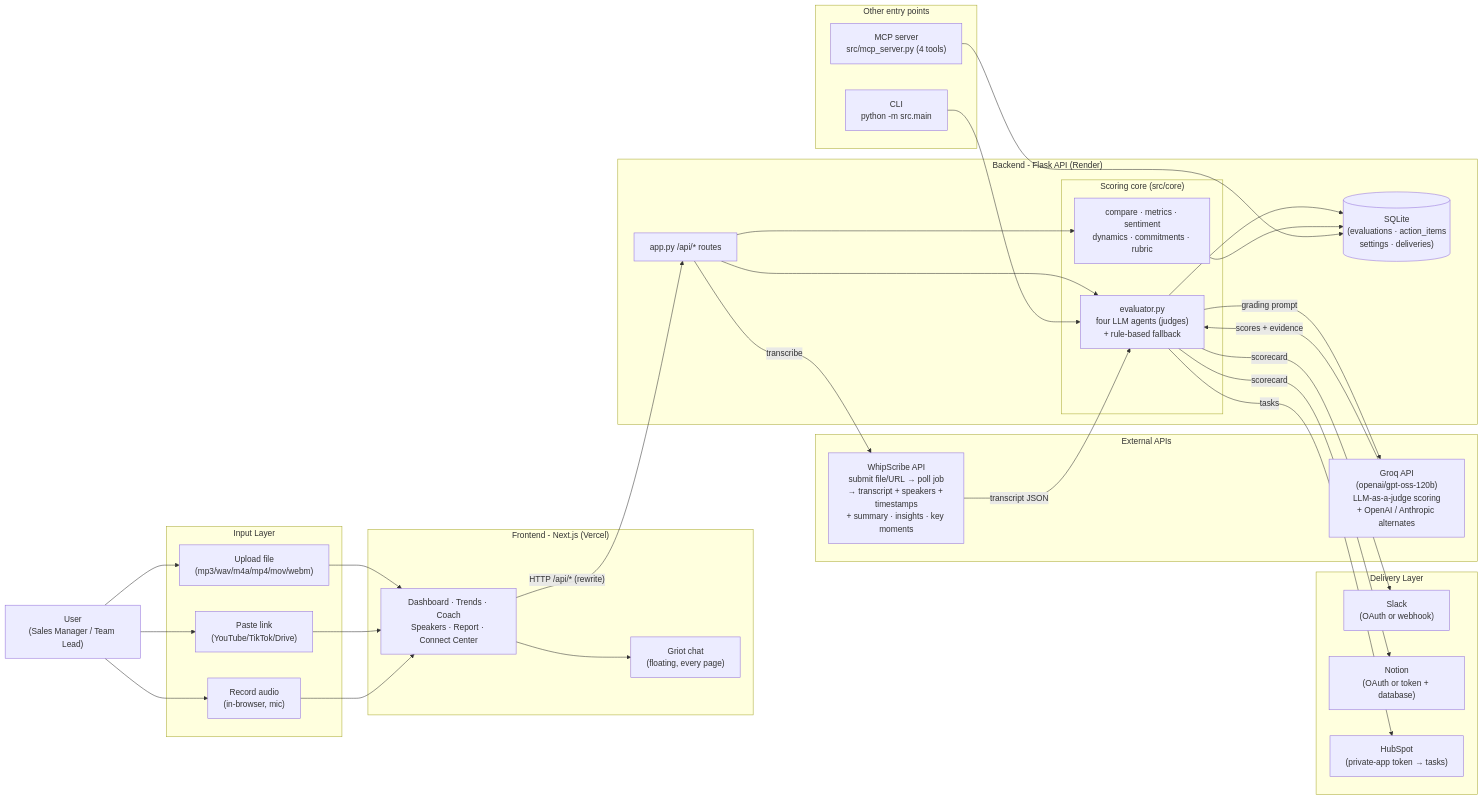
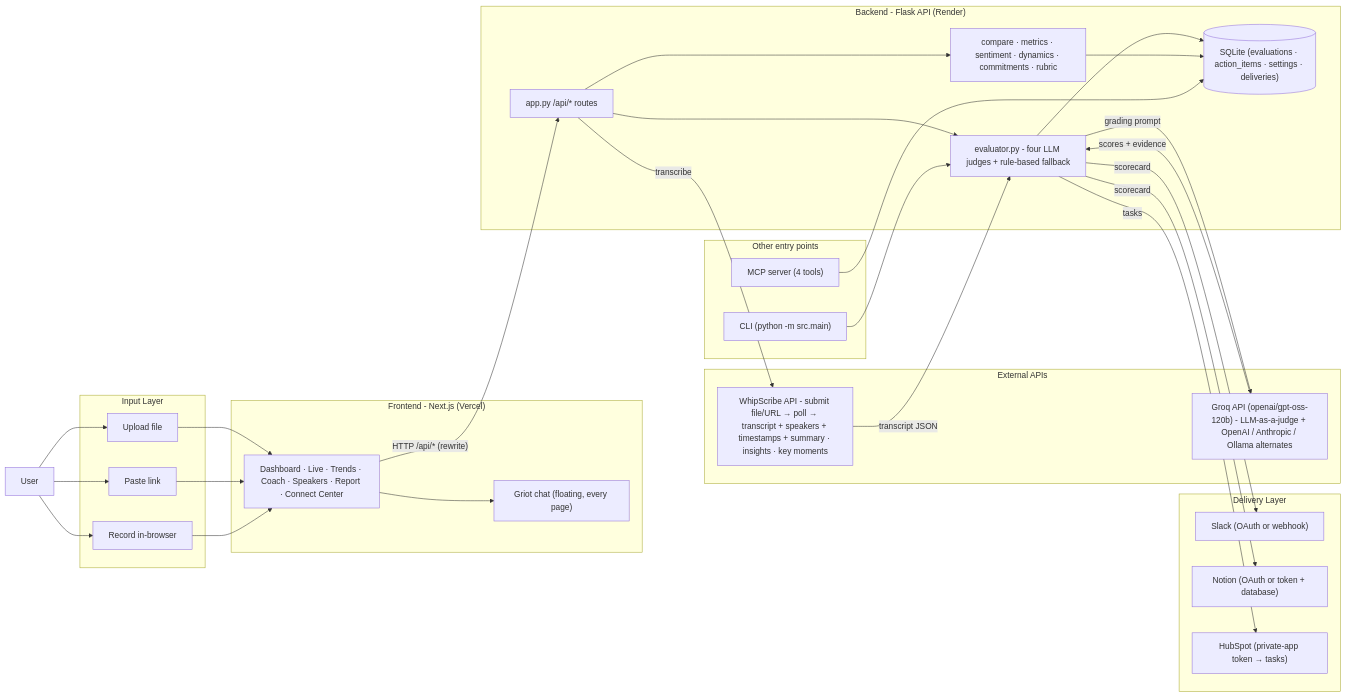
Before and after one commit to Blacksujit/callcoach-ai-whhipscribe: the diagram in PR_DESCRIPTION.md, drawn with Mermaid. The commit also changed other lines of this file and 15 other files, not shown here.

Commit message:
Reconcile with Track 4 submission copy: docs, screenshots, NEXT_PUBLIC_API_URL fallback

````diff
--- a/PR_DESCRIPTION.md
+++ b/PR_DESCRIPTION.md
@@ -61,67 +42,65 @@
 ```mermaid
 flowchart LR
-    U["User\n(Sales Manager / Team Lead)"]
+    U["User"]
 
     subgraph INPUT["Input Layer"]
-        FILE["Upload file\n(mp3/wav/m4a/mp4/mov/webm)"]
-        URL["Paste link\n(YouTube/TikTok/Drive)"]
-        REC["Record audio\n(in-browser, mic)"]
+        FILE["Upload file"]
+        URL["Paste link"]
+        REC["Record in-browser"]
     end
 
     U --> FILE
     U --> URL
     U --> REC
 
     subgraph FRONTEND["Frontend - Next.js (Vercel)"]
-        PAGES["Dashboard · Trends · Coach\nSpeakers · Report · Connect Center"]
-        WIDGET["Griot chat\n(floating, every page)"]
+        PAGES["Dashboard · Live · Trends · Coach · Speakers · Report · Connect Center"]
+        WIDGET["Griot chat (floating, every page)"]
     end
 
     FILE --> PAGES
     URL --> PAGES
     REC --> PAGES
     PAGES --> WIDGET
 
     subgraph BACKEND["Backend - Flask API (Render)"]
         API["app.py  /api/* routes"]
-        subgraph CORE["Scoring core (src/core)"]
-            EVAL["evaluator.py\nfour LLM agents (judges)\n+ rule-based fallback"]
-            INSIGHT["compare · metrics · sentiment\ndynamics · commitments · rubric"]
-        end
-        STORE[("SQLite\n(evaluations · action_items\nsettings · deliveries)")]
+        EVAL["evaluator.py - four LLM judges + rule-based fallback"]
+        INSIGHT["compare · metrics · sentiment · dynamics · commitments · rubric"]
+        STORE[("SQLite (evaluations · action_items · settings · deliveries)")]
         API --> EVAL
         API --> INSIGHT
         EVAL --> STORE
         INSIGHT --> STORE
     end
 
     PAGES -->|"HTTP /api/* (rewrite)"| API
 
     subgraph EXTERNAL["External APIs"]
-        WHIP["WhipScribe API\nsubmit file/URL → poll job\n→ transcript + speakers + timestamps\n+ summary · insights · key moments"]
-        GROQ["Groq API\n(openai/gpt-oss-120b)\nLLM-as-a-judge scoring\n+ OpenAI / Anthropic alternates"]
+        WHIP["WhipScribe API - submit file/URL → poll → transcript + speakers + timestamps + summary · insights · key moments"]
+        GROQ["Groq API (openai/gpt-oss-120b) - LLM-as-a-judge + OpenAI / Anthropic / Ollama alternates"]
     end
 
     API -->|"transcribe"| WHIP
     WHIP -->|"transcript JSON"| EVAL
     EVAL -->|"grading prompt"| GROQ
     GROQ -->|"scores + evidence"| EVAL
 
     subgraph DELIVERY["Delivery Layer"]
-        SLACK["Slack\n(OAuth or webhook)"]
-        NOTION["Notion\n(OAuth or token + database)"]
-        HUB["HubSpot\n(private-app token → tasks)"]
+        SLACK["Slack (OAuth or webhook)"]
+        NOTION["Notion (OAuth or token + database)"]
+        HUB["HubSpot (private-app token → tasks)"]
     end
 
     EVAL -->|"scorecard"| SLACK
     EVAL -->|"scorecard"| NOTION
     EVAL -->|"tasks"| HUB
 
     subgraph AUX["Other entry points"]
-        CLI["CLI\npython -m src.main"]
-        MCPSRV["MCP server\nsrc/mcp_server.py (4 tools)"]
+        CLI["CLI (python -m src.main)"]
+        MCPSRV["MCP server (4 tools)"]
     end
 
     CLI --> EVAL
     MCPSRV --> STORE
 ```
````
